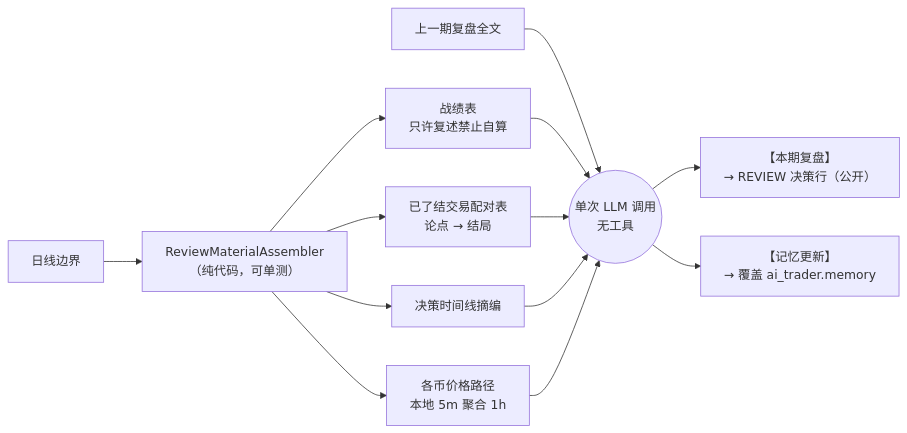
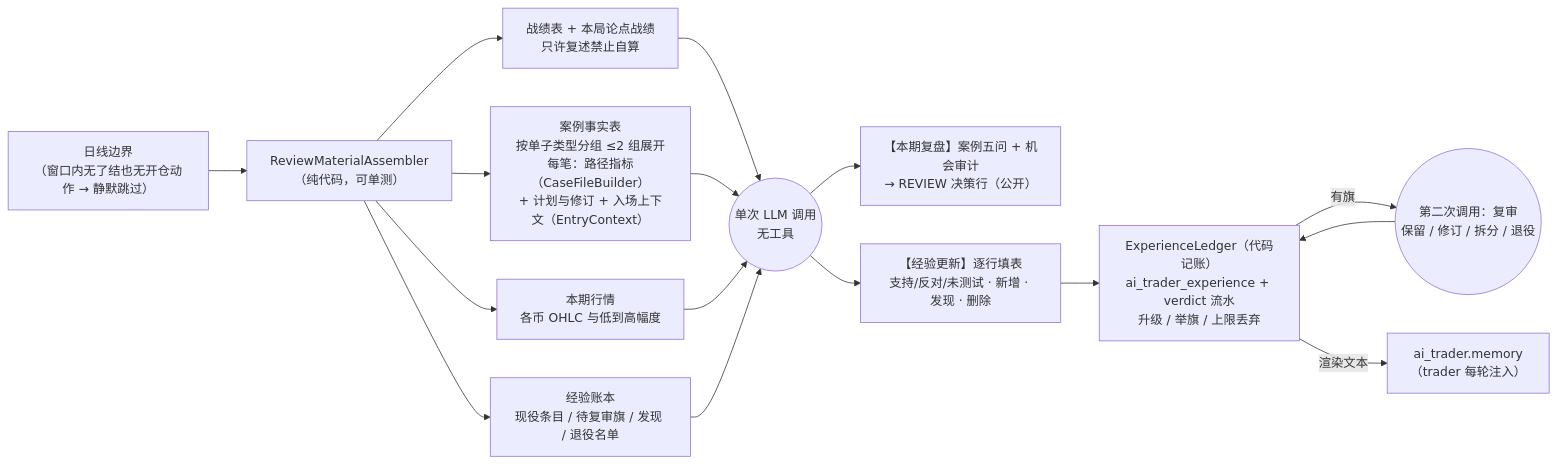
One commit to mamawai/wtfibought changed the third of 6 diagrams in docs/agent-harness/architecture.md. Above: the diagram before and after it, drawn with Mermaid. The commit also changed other lines of this file and 50 other files, not shown here.

````diff
--- a/docs/agent-harness/architecture.md
+++ b/docs/agent-harness/architecture.md
@@ -91,12 +91,15 @@
 ```mermaid
 flowchart LR
-    B["日线边界"] --> RMA["ReviewMaterialAssembler<br/>（纯代码，可单测）"]
-    RMA --> F1["战绩表<br/>只许复述禁止自算"]
-    RMA --> F2["已了结交易配对表<br/>论点 → 结局"]
-    RMA --> F3["决策时间线摘编"]
-    RMA --> F4["各币价格路径<br/>本地 5m 聚合 1h"]
-    PREV["上一期复盘全文"] --> LLM
+    B["日线边界<br/>（窗口内无了结也无开仓动作 → 静默跳过）"] --> RMA["ReviewMaterialAssembler<br/>（纯代码，可单测）"]
+    RMA --> F1["战绩表 + 本局论点战绩<br/>只许复述禁止自算"]
+    RMA --> F2["案例事实表<br/>按单子类型分组 ≤2 组展开<br/>每笔：路径指标（CaseFileBuilder）<br/>+ 计划与修订 + 入场上下文（EntryContext）"]
+    RMA --> F3["本期行情<br/>各币 OHLC 与低到高幅度"]
+    RMA --> F4["经验账本<br/>现役条目 / 待复审旗 / 发现 / 退役名单"]
     F1 & F2 & F3 & F4 --> LLM(("单次 LLM 调用<br/>无工具"))
-    LLM --> P1["【本期复盘】<br/>→ REVIEW 决策行（公开）"]
-    LLM --> P2["【记忆更新】<br/>→ 覆盖 ai_trader.memory"]
+    LLM --> P1["【本期复盘】案例五问 + 机会审计<br/>→ REVIEW 决策行（公开）"]
+    LLM --> P2["【经验更新】逐行填表<br/>支持/反对/未测试 · 新增 · 发现 · 删除"]
+    P2 --> LED["ExperienceLedger（代码记账）<br/>ai_trader_experience + verdict 流水<br/>升级 / 举旗 / 上限丢弃"]
+    LED -->|"有旗"| AUD(("第二次调用：复审<br/>保留 / 修订 / 拆分 / 退役"))
+    AUD --> LED
+    LED -->|"渲染文本"| MEM["ai_trader.memory<br/>（trader 每轮注入）"]
 ```
````
